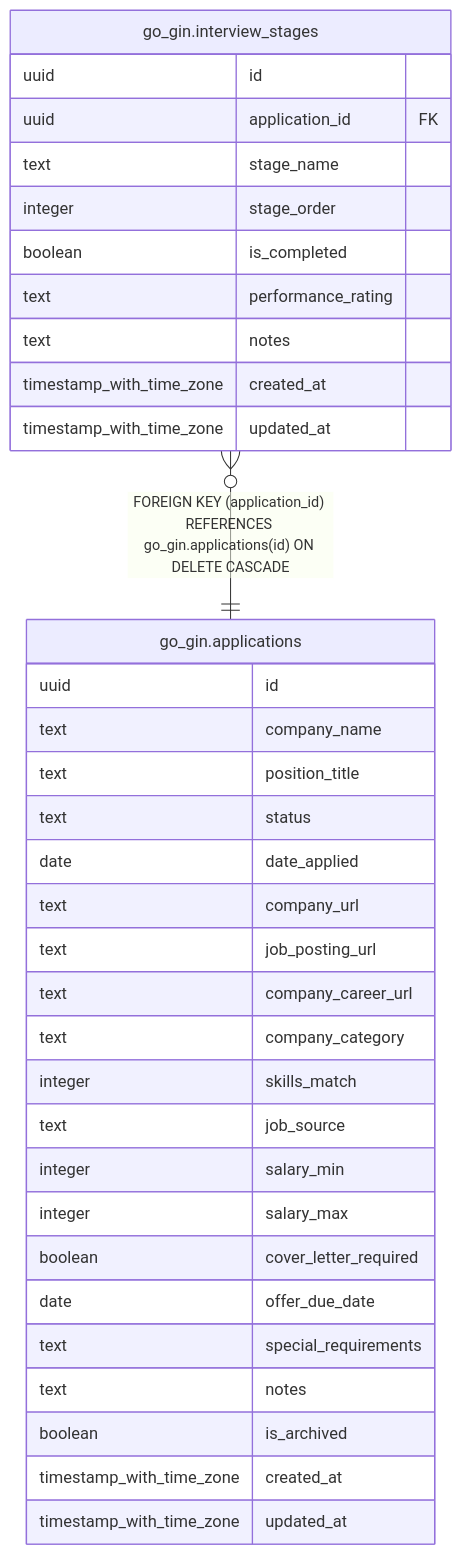
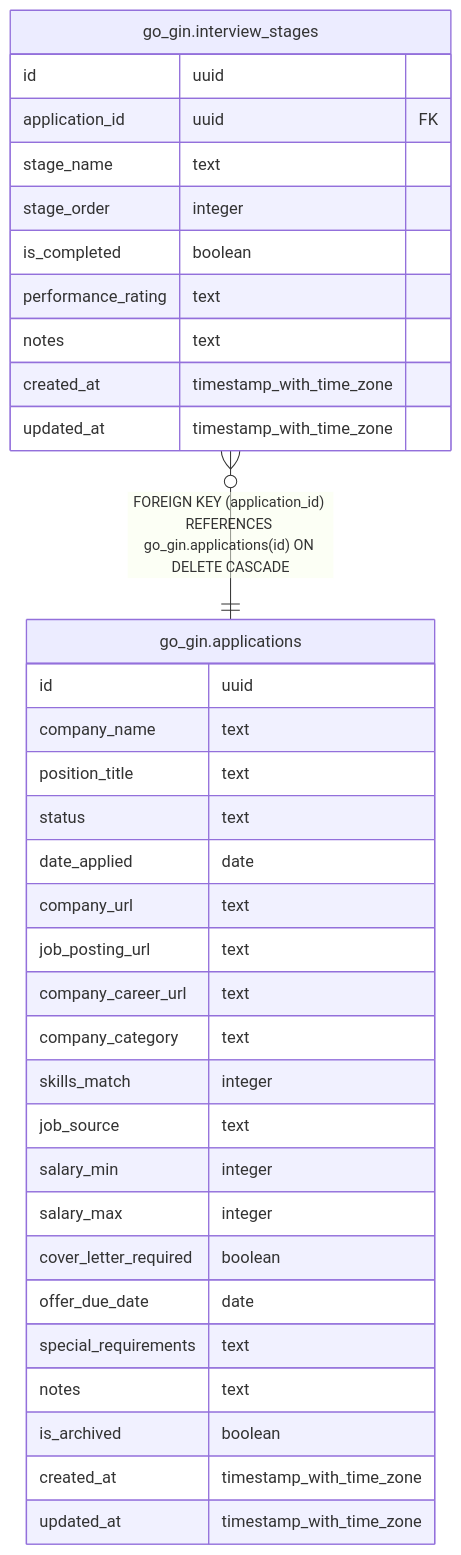
The diagram in docs/schema/go-gin/go_gin.interview_stages.md (WhatIfWeDigDeeper/application-tracker), drawn with Mermaid before and after one commit. The commit also changed 22 other files, not shown here.

````diff
--- a/docs/schema/go-gin/go_gin.interview_stages.md
+++ b/docs/schema/go-gin/go_gin.interview_stages.md
@@ -42,39 +42,39 @@
 ```mermaid
 erDiagram
 
 "go_gin.interview_stages" }o--|| "go_gin.applications" : "FOREIGN KEY (application_id) REFERENCES go_gin.applications(id) ON DELETE CASCADE"
 
 "go_gin.interview_stages" {
-  uuid id
-  uuid application_id FK
-  text stage_name
-  integer stage_order
-  boolean is_completed
-  text performance_rating
-  text notes
-  timestamp_with_time_zone created_at
-  timestamp_with_time_zone updated_at
+  id uuid
+  application_id uuid FK
+  stage_name text
+  stage_order integer
+  is_completed boolean
+  performance_rating text
+  notes text
+  created_at timestamp_with_time_zone
+  updated_at timestamp_with_time_zone
 }
 "go_gin.applications" {
-  uuid id
-  text company_name
-  text position_title
-  text status
-  date date_applied
-  text company_url
-  text job_posting_url
-  text company_career_url
-  text company_category
-  integer skills_match
-  text job_source
-  integer salary_min
-  integer salary_max
-  boolean cover_letter_required
-  date offer_due_date
-  text special_requirements
-  text notes
-  boolean is_archived
-  timestamp_with_time_zone created_at
-  timestamp_with_time_zone updated_at
+  id uuid
+  company_name text
+  position_title text
+  status text
+  date_applied date
+  company_url text
+  job_posting_url text
+  company_career_url text
+  company_category text
+  skills_match integer
+  job_source text
+  salary_min integer
+  salary_max integer
+  cover_letter_required boolean
+  offer_due_date date
+  special_requirements text
+  notes text
+  is_archived boolean
+  created_at timestamp_with_time_zone
+  updated_at timestamp_with_time_zone
 }
 ```
````
